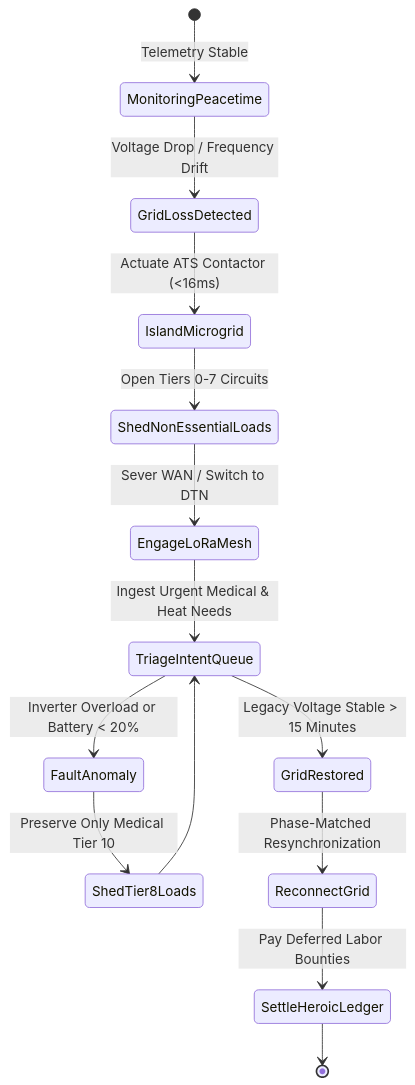
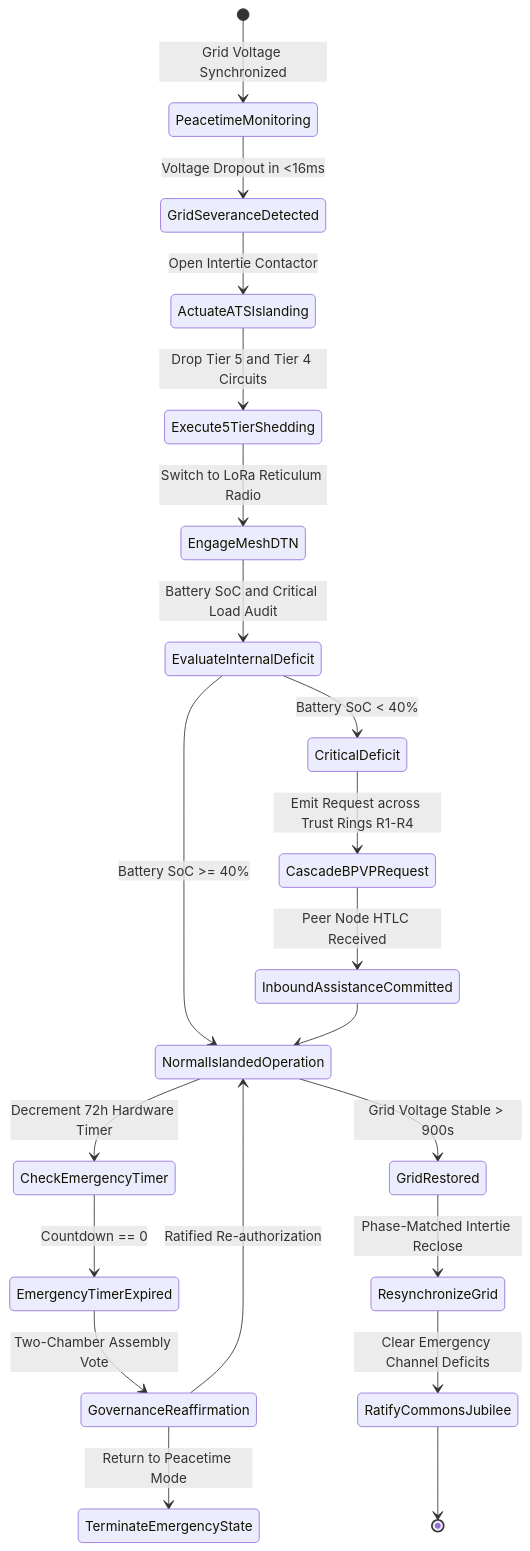
Before and after one commit to raffaine/collective: the second of 3 diagrams in docs/scenarios/upsilon_shock.md, drawn with Mermaid. The commit also changed other lines of this file and 23 other files, not shown here.

````diff
--- a/docs/scenarios/upsilon_shock.md
+++ b/docs/scenarios/upsilon_shock.md
@@ -73,16 +89,27 @@
 ```mermaid
 stateDiagram-v2
-    [*] --> MonitoringPeacetime: Telemetry Stable
-    MonitoringPeacetime --> GridLossDetected: Voltage Drop / Frequency Drift
-    GridLossDetected --> IslandMicrogrid: Actuate ATS Contactor (<16ms)
-    IslandMicrogrid --> ShedNonEssentialLoads: Open Tiers 0-7 Circuits
-    ShedNonEssentialLoads --> EngageLoRaMesh: Sever WAN / Switch to DTN
-    EngageLoRaMesh --> TriageIntentQueue: Ingest Urgent Medical & Heat Needs
-    TriageIntentQueue --> FaultAnomaly: Inverter Overload or Battery < 20%
-    FaultAnomaly --> ShedTier8Loads: Preserve Only Medical Tier 10
-    ShedTier8Loads --> TriageIntentQueue
-    TriageIntentQueue --> GridRestored: Legacy Voltage Stable > 15 Minutes
-    GridRestored --> ReconnectGrid: Phase-Matched Resynchronization
-    ReconnectGrid --> SettleHeroicLedger: Pay Deferred Labor Bounties
-    SettleHeroicLedger --> [*]
+    [*] --> PeacetimeMonitoring: Grid Voltage Synchronized
+    PeacetimeMonitoring --> GridSeveranceDetected: Voltage Dropout in <16ms
+    GridSeveranceDetected --> ActuateATSIslanding: Open Intertie Contactor
+    ActuateATSIslanding --> Execute5TierShedding: Drop Tier 5 and Tier 4 Circuits
+    Execute5TierShedding --> EngageMeshDTN: Switch to LoRa Reticulum Radio
+    EngageMeshDTN --> EvaluateInternalDeficit: Battery SoC and Critical Load Audit
+    
+    EvaluateInternalDeficit --> NormalIslandedOperation: Battery SoC >= 40%
+    NormalIslandedOperation --> CheckEmergencyTimer: Decrement 72h Hardware Timer
+    
+    EvaluateInternalDeficit --> CriticalDeficit: Battery SoC < 40%
+    CriticalDeficit --> CascadeBPVPRequest: Emit Request across Trust Rings R1-R4
+    CascadeBPVPRequest --> InboundAssistanceCommitted: Peer Node HTLC Received
+    InboundAssistanceCommitted --> NormalIslandedOperation
+    
+    CheckEmergencyTimer --> EmergencyTimerExpired: Countdown == 0
+    EmergencyTimerExpired --> GovernanceReaffirmation: Two-Chamber Assembly Vote
+    GovernanceReaffirmation --> NormalIslandedOperation: Ratified Re-authorization
+    GovernanceReaffirmation --> TerminateEmergencyState: Return to Peacetime Mode
+    
+    NormalIslandedOperation --> GridRestored: Grid Voltage Stable > 900s
+    GridRestored --> ResynchronizeGrid: Phase-Matched Intertie Reclose
+    ResynchronizeGrid --> RatifyCommonsJubilee: Clear Emergency Channel Deficits
+    RatifyCommonsJubilee --> [*]
 ```
````
